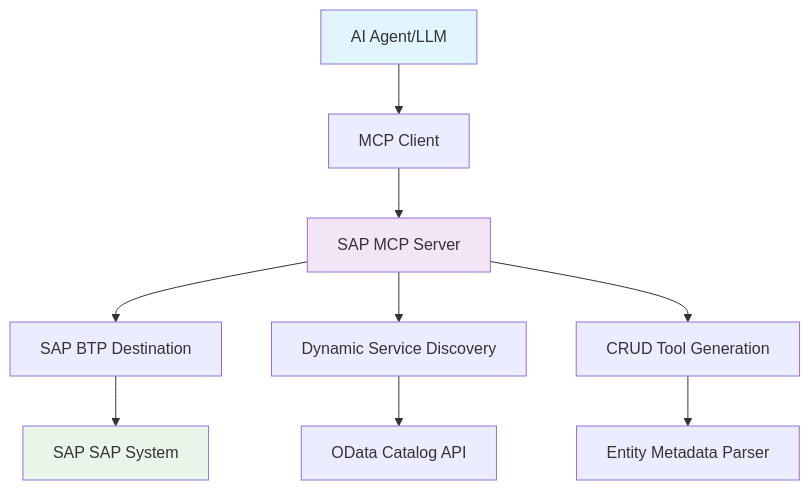
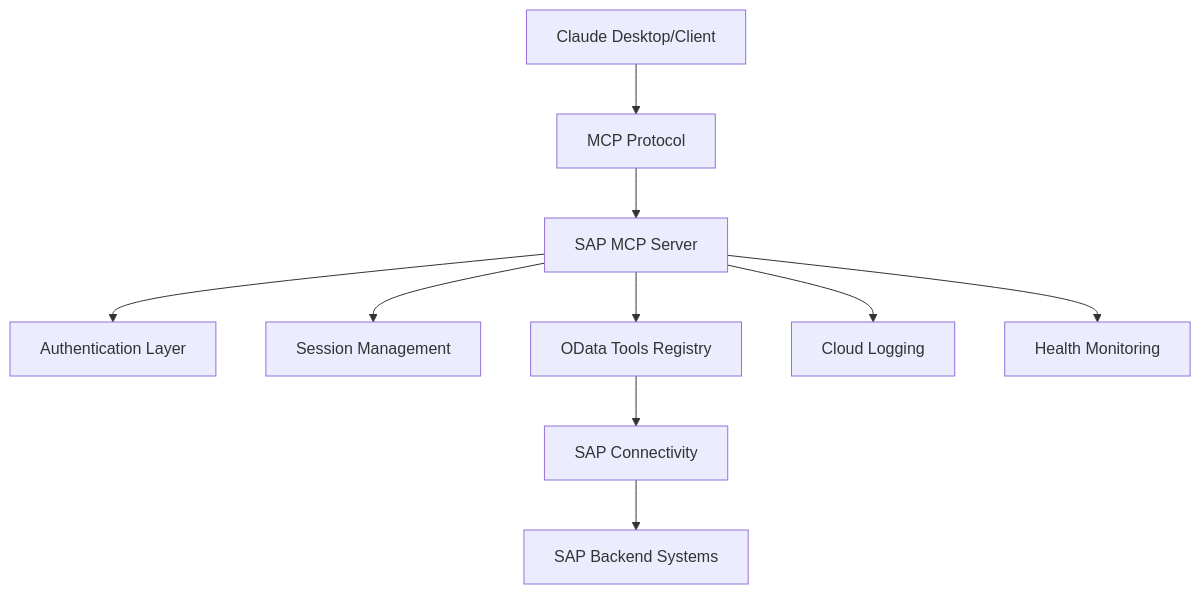
Before and after one commit to Raistlin82/btp-sap-odata-to-mcp-server-optimized: the first of 2 diagrams in README.md, drawn with Mermaid. The commit also changed other lines of this file and 38 other files, not shown here.

````diff
--- a/README.md
+++ b/README.md
@@ -14,16 +121,12 @@
 ```mermaid
-graph TB
-    A[AI Agent/LLM] --> B[MCP Client]
+graph TD
+    A[Claude Desktop/Client] --> B[MCP Protocol]
     B --> C[SAP MCP Server]
-    C --> D[SAP BTP Destination]
-    D --> E[SAP SAP System]
-    
-    C --> F[Dynamic Service Discovery]
-    F --> G[OData Catalog API]
-    C --> H[CRUD Tool Generation]
-    H --> I[Entity Metadata Parser]
-    
-    style A fill:#e1f5fe
-    style C fill:#f3e5f5
-    style E fill:#e8f5e8
+    C --> D[Authentication Layer]
+    C --> E[Session Management]
+    C --> F[OData Tools Registry]
+    F --> G[SAP Connectivity]
+    G --> H[SAP Backend Systems]
+    C --> I[Cloud Logging]
+    C --> J[Health Monitoring]
 ```
````
